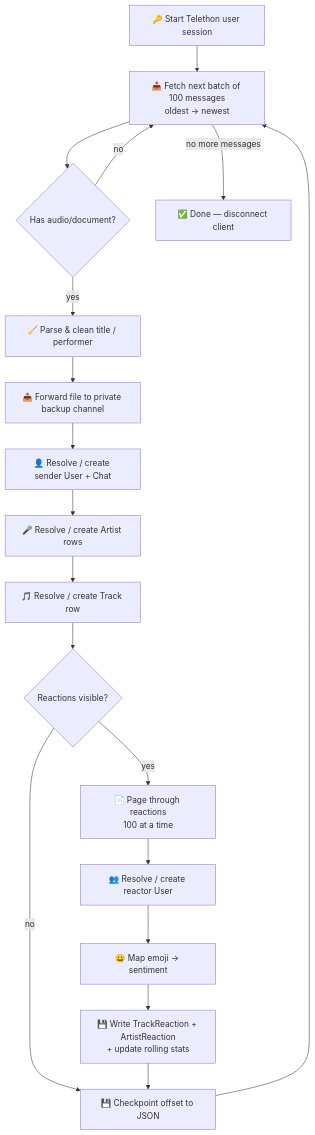
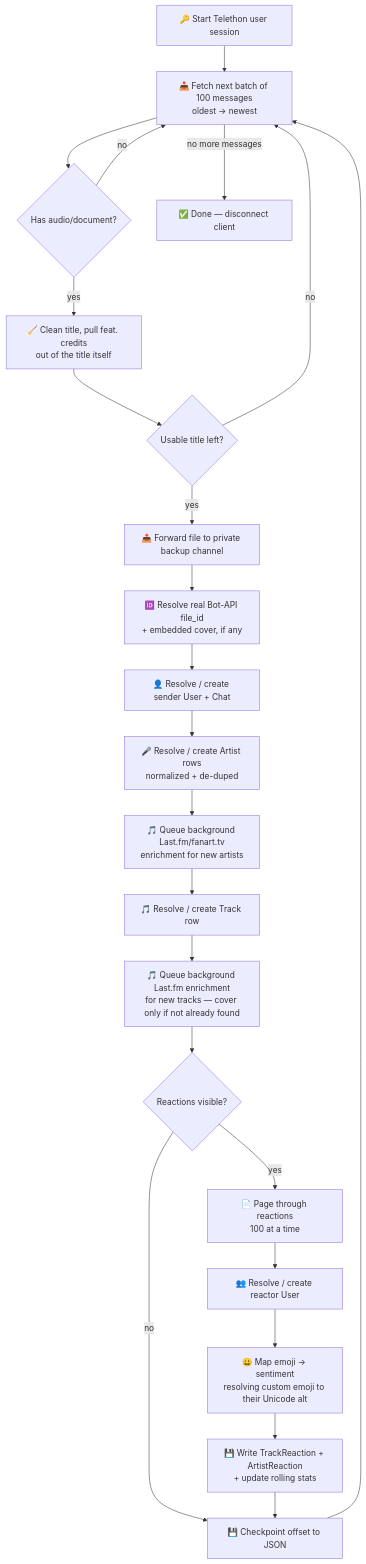
Before and after one commit to MaximumAsp66915/Applied_Data_Science_Course: the second of 2 diagrams in notebooks/1.scrapping.md, drawn with Mermaid. The commit also changed other lines of this file and 2 other files, not shown here.

````diff
--- a/notebooks/1.scrapping.md
+++ b/notebooks/1.scrapping.md
@@ -101,20 +105,25 @@
 ```mermaid
 flowchart TD
     A[🔑 Start Telethon user session] --> B[📥 Fetch next batch of 100 messages<br/>oldest → newest]
     B --> C{Has audio/document?}
     C -- no --> B
-    C -- yes --> D[🧹 Parse & clean title / performer]
-    D --> E[📤 Forward file to private backup channel]
-    E --> F[👤 Resolve / create sender User + Chat]
-    F --> G[🎤 Resolve / create Artist rows]
-    G --> H[🎵 Resolve / create Track row]
-    H --> I{Reactions visible?}
+    C -- yes --> D[🧹 Clean title, pull feat. credits<br/>out of the title itself]
+    D --> D2{Usable title left?}
+    D2 -- no --> B
+    D2 -- yes --> E[📤 Forward file to private backup channel]
+    E --> E2[🆔 Resolve real Bot-API file_id<br/>+ embedded cover, if any]
+    E2 --> F[👤 Resolve / create sender User + Chat]
+    F --> G[🎤 Resolve / create Artist rows<br/>normalized + de-duped]
+    G --> G2[🎵 Queue background Last.fm/fanart.tv<br/>enrichment for new artists]
+    G2 --> H[🎵 Resolve / create Track row]
+    H --> H2[🎵 Queue background Last.fm enrichment<br/>for new tracks — cover only if not already found]
+    H2 --> I{Reactions visible?}
     I -- yes --> J[📄 Page through reactions<br/>100 at a time]
     J --> K[👥 Resolve / create reactor User]
-    K --> L[😀 Map emoji → sentiment]
+    K --> L[😀 Map emoji → sentiment<br/>resolving custom emoji to their Unicode alt]
     L --> M[💾 Write TrackReaction + ArtistReaction<br/>+ update rolling stats]
     I -- no --> N[💾 Checkpoint offset to JSON]
     M --> N
     N --> B
     B -- no more messages --> Z[✅ Done — disconnect client]
 ```
````
